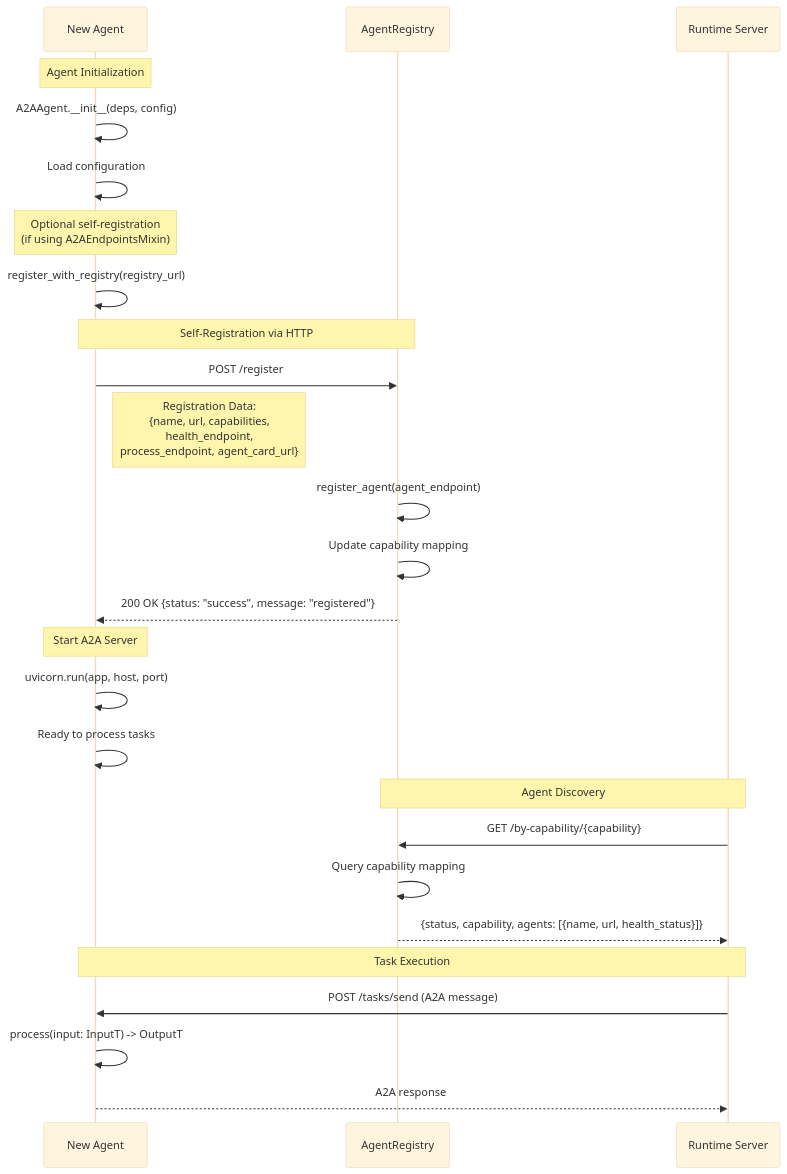
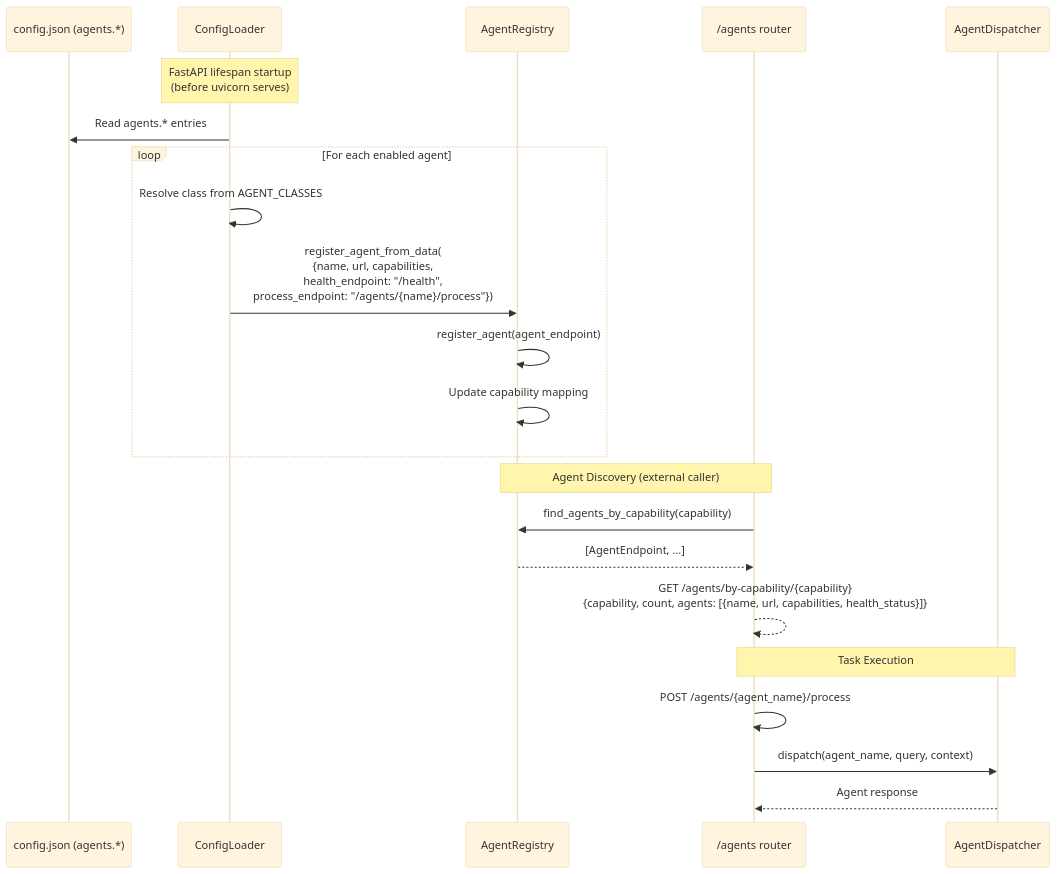
Before and after one commit to amit-jain/cogniverse: the first of 8 diagrams in docs/architecture/multi-agent-interactions.md, drawn with Mermaid (base theme). The commit also changed other lines of this file and 7 other files, not shown here.

First line of the commit message:
Document all 23 agents and convert diagrams to mermaid

````diff
--- a/docs/architecture/multi-agent-interactions.md
+++ b/docs/architecture/multi-agent-interactions.md
@@ -60,34 +122,27 @@
 ```mermaid
 sequenceDiagram
-    participant Agent as New Agent
+    participant Config as config.json (agents.*)
+    participant Loader as ConfigLoader
     participant Registry as AgentRegistry
-    participant Runtime as Runtime Server
+    participant Router as /agents router
+    participant Dispatcher as AgentDispatcher
 
-    Note over Agent: Agent Initialization
-    Agent->>Agent: A2AAgent.__init__(deps, config)
-    Agent->>Agent: Load configuration
-    Note over Agent: Optional self-registration<br/>(if using A2AEndpointsMixin)
-    Agent->>Agent: register_with_registry(registry_url)
+    Note over Loader: FastAPI lifespan startup<br/>(before uvicorn serves)
+    Loader->>Config: Read agents.* entries
+    loop For each enabled agent
+        Loader->>Loader: Resolve class from AGENT_CLASSES
+        Loader->>Registry: register_agent_from_data(<br/>{name, url, capabilities,<br/>health_endpoint: "/health",<br/>process_endpoint: "/agents/{name}/process"})
+        Registry->>Registry: register_agent(agent_endpoint)
+        Registry->>Registry: Update capability mapping
+    end
 
-    Note over Agent,Registry: Self-Registration via HTTP
-    Agent->>Registry: POST /register
-    Note right of Agent: Registration Data:<br/>{name, url, capabilities,<br/>health_endpoint,<br/>process_endpoint, agent_card_url}
+    Note over Router,Registry: Agent Discovery (external caller)
+    Router->>Registry: find_agents_by_capability(capability)
+    Registry-->>Router: [AgentEndpoint, ...]
+    Router-->>Router: GET /agents/by-capability/{capability}<br/>{capability, count, agents: [{name, url, capabilities, health_status}]}
 
-    Registry->>Registry: register_agent(agent_endpoint)
-    Registry->>Registry: Update capability mapping
-    Registry-->>Agent: 200 OK {status: "success", message: "registered"}
-
-    Note over Agent: Start A2A Server
-    Agent->>Agent: uvicorn.run(app, host, port)
-    Agent->>Agent: Ready to process tasks
-
-    Note over Runtime,Registry: Agent Discovery
-    Runtime->>Registry: GET /by-capability/{capability}
-    Registry->>Registry: Query capability mapping
-    Registry-->>Runtime: {status, capability, agents: [{name, url, health_status}]}
-
-    Note over Runtime,Agent: Task Execution
-    Runtime->>Agent: POST /tasks/send (A2A message)
-    Agent->>Agent: process(input: InputT) -> OutputT
-    Agent-->>Runtime: A2A response
+    Note over Router,Dispatcher: Task Execution
+    Router->>Router: POST /agents/{agent_name}/process
+    Router->>Dispatcher: dispatch(agent_name, query, context)
+    Dispatcher-->>Router: Agent response
 ```
````
